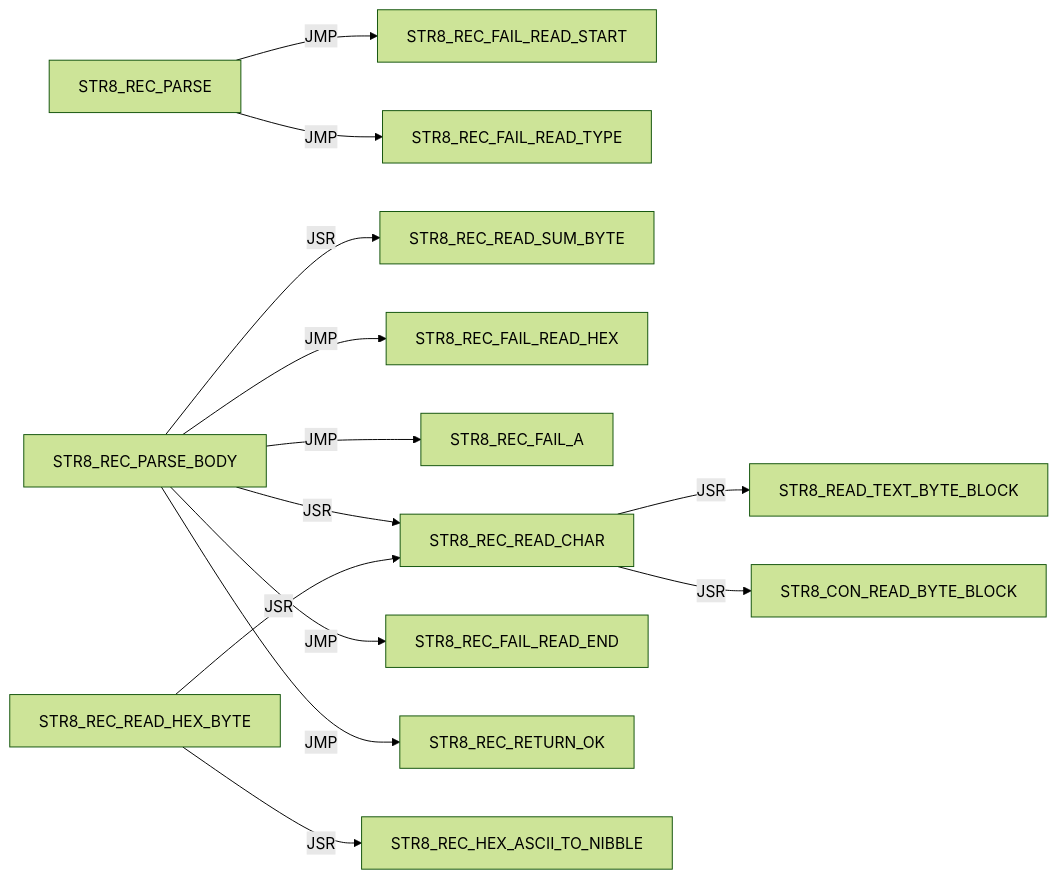
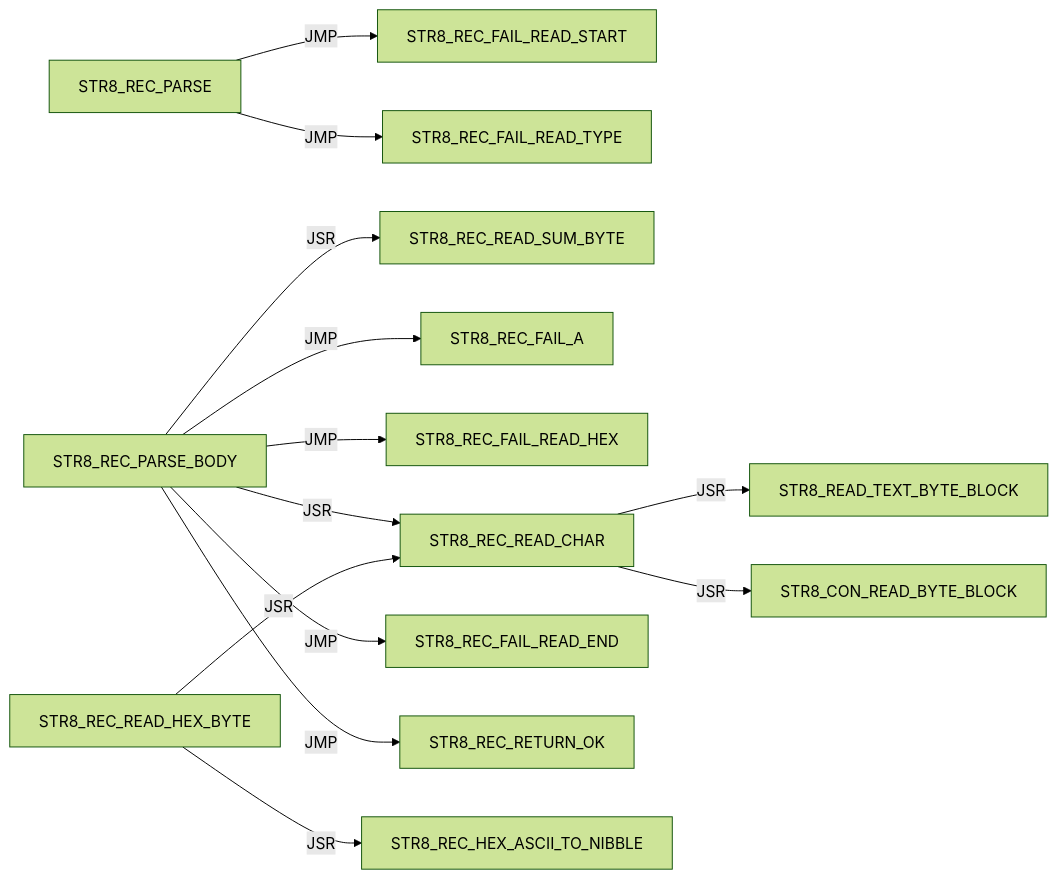
Before and after one commit to 95westus/R-YORS: diagram 27 of 42 in DOC/GUIDES/STR8/STR8_EDGE_DUMP.md, drawn with Mermaid (forest theme). The commit also changed other lines of this file and 25 other files, not shown here.

````diff
--- a/DOC/GUIDES/STR8/STR8_EDGE_DUMP.md
+++ b/DOC/GUIDES/STR8/STR8_EDGE_DUMP.md
@@ -400,15 +393,15 @@
 ```mermaid
 flowchart LR
     N0["STR8_REC_PARSE"] -->|JMP| N1["STR8_REC_FAIL_READ_START"]
     N0["STR8_REC_PARSE"] -->|JMP| N2["STR8_REC_FAIL_READ_TYPE"]
     N3["STR8_REC_PARSE_BODY"] -->|JSR| N4["STR8_REC_READ_SUM_BYTE"]
-    N3["STR8_REC_PARSE_BODY"] -->|JMP| N5["STR8_REC_FAIL_READ_HEX"]
-    N3["STR8_REC_PARSE_BODY"] -->|JMP| N6["STR8_REC_FAIL_A"]
+    N3["STR8_REC_PARSE_BODY"] -->|JMP| N5["STR8_REC_FAIL_A"]
+    N3["STR8_REC_PARSE_BODY"] -->|JMP| N6["STR8_REC_FAIL_READ_HEX"]
     N3["STR8_REC_PARSE_BODY"] -->|JSR| N7["STR8_REC_READ_CHAR"]
     N3["STR8_REC_PARSE_BODY"] -->|JMP| N8["STR8_REC_FAIL_READ_END"]
     N3["STR8_REC_PARSE_BODY"] -->|JMP| N9["STR8_REC_RETURN_OK"]
     N7["STR8_REC_READ_CHAR"] -->|JSR| N10["STR8_READ_TEXT_BYTE_BLOCK"]
     N7["STR8_REC_READ_CHAR"] -->|JSR| N11["STR8_CON_READ_BYTE_BLOCK"]
     N12["STR8_REC_READ_HEX_BYTE"] -->|JSR| N7["STR8_REC_READ_CHAR"]
     N12["STR8_REC_READ_HEX_BYTE"] -->|JSR| N13["STR8_REC_HEX_ASCII_TO_NIBBLE"]
 ```
````
